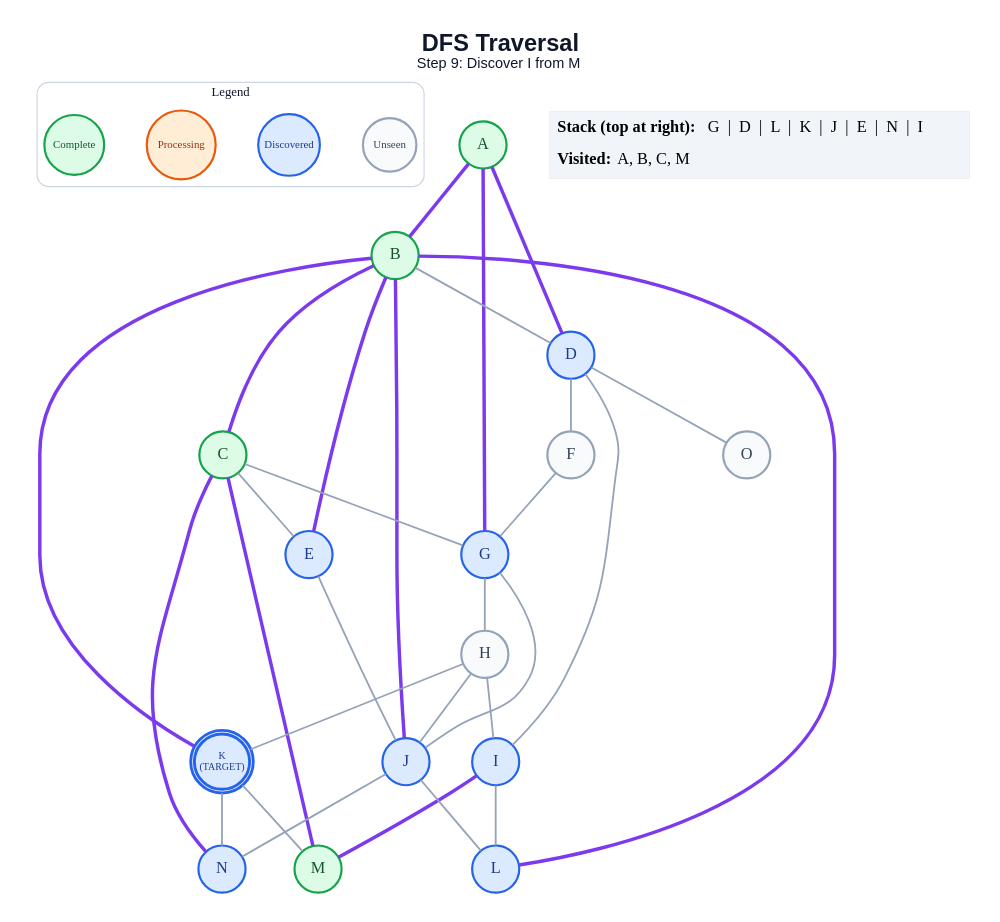
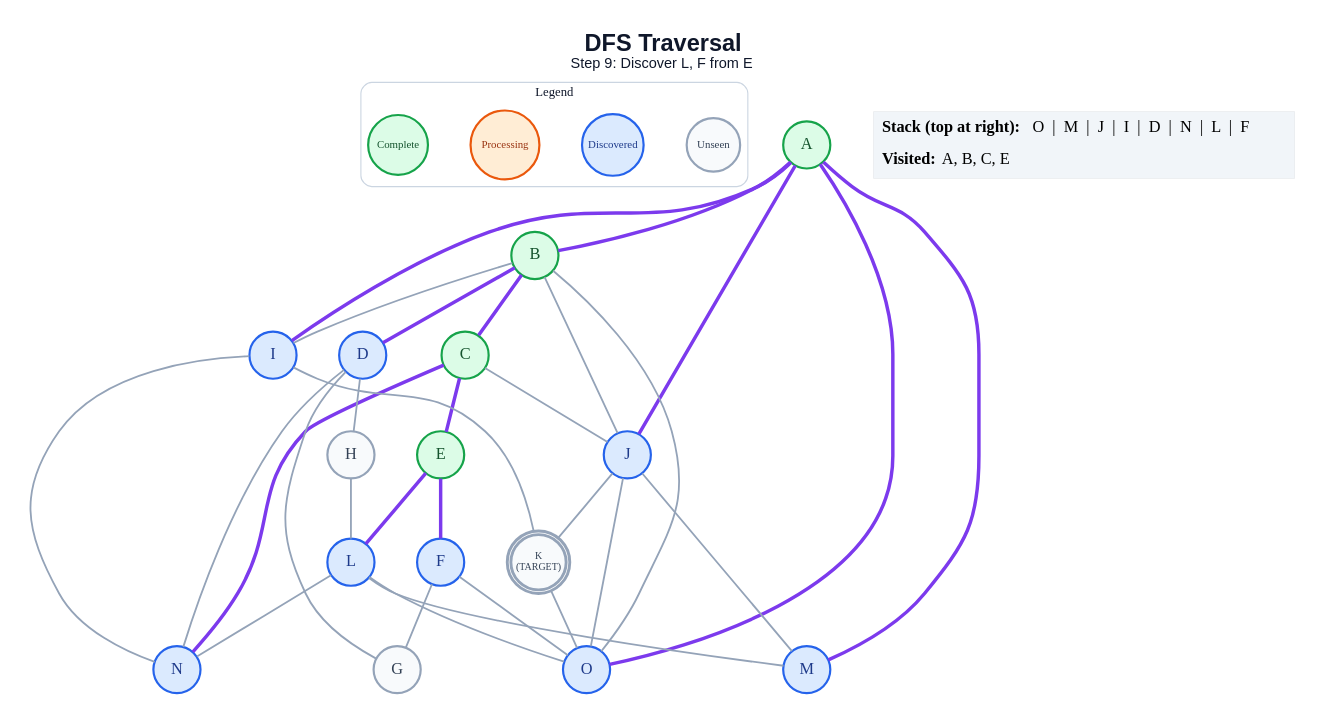
The diagram in generated/specific-node/dfs/step_09.dot (anon7238593-create/ai-slop), drawn with Graphviz before and after one commit. The commit also changed 248 other files, not shown here.

```diff
--- a/generated/specific-node/dfs/step_09.dot
+++ b/generated/specific-node/dfs/step_09.dot
@@ -1,63 +1,64 @@
 graph traversal {
   graph [layout=dot, rankdir=TB, bgcolor="#FFFFFF", pad="0.35", nodesep="0.65", ranksep="0.8", fontname="Arial"];
   node [shape=circle, style="filled", fontname="Arial Bold", fontsize=18, width=0.72, fixedsize=true, penwidth=2.4];
   edge [color="#94A3B8", penwidth=2.0];
-  label=<<B>DFS Traversal</B><BR/><FONT POINT-SIZE="16">Step 9: Discover I from M</FONT>>; labelloc="t"; fontsize=26; fontname="Arial"; fontcolor="#0F172A";
+  label=<<B>DFS Traversal</B><BR/><FONT POINT-SIZE="16">Step 9: Discover L, F from E</FONT>>; labelloc="t"; fontsize=26; fontname="Arial"; fontcolor="#0F172A";
   subgraph cluster_legend { label="Legend"; color="#CBD5E1"; penwidth=1.2; style="rounded"; fontsize=14; fontname="Arial Bold";
     key_unseen [label="Unseen", fillcolor="#F8FAFC", color="#94A3B8", fontcolor="#334155", fontsize=12, width=0.82];
     key_frontier [label="Discovered", fillcolor="#DBEAFE", color="#2563EB", fontcolor="#1E3A8A", fontsize=12, width=0.95];
     key_current [label="Processing", fillcolor="#FFEDD5", color="#EA580C", fontcolor="#9A3412", fontsize=12, width=1.05];
     key_done [label="Complete", fillcolor="#DCFCE7", color="#16A34A", fontcolor="#14532D", fontsize=12, width=0.92];
     { rank=same; key_unseen; key_frontier; key_current; key_done; }
   }
   A [label="A", fillcolor="#DCFCE7", color="#16A34A", fontcolor="#14532D", peripheries=1, penwidth=2.4];
   B [label="B", fillcolor="#DCFCE7", color="#16A34A", fontcolor="#14532D", peripheries=1, penwidth=2.4];
   C [label="C", fillcolor="#DCFCE7", color="#16A34A", fontcolor="#14532D", peripheries=1, penwidth=2.4];
   D [label="D", fillcolor="#DBEAFE", color="#2563EB", fontcolor="#1E3A8A", peripheries=1, penwidth=2.4];
-  E [label="E", fillcolor="#DBEAFE", color="#2563EB", fontcolor="#1E3A8A", peripheries=1, penwidth=2.4];
-  F [label="F", fillcolor="#F8FAFC", color="#94A3B8", fontcolor="#334155", peripheries=1, penwidth=2.4];
-  G [label="G", fillcolor="#DBEAFE", color="#2563EB", fontcolor="#1E3A8A", peripheries=1, penwidth=2.4];
+  E [label="E", fillcolor="#DCFCE7", color="#16A34A", fontcolor="#14532D", peripheries=1, penwidth=2.4];
+  F [label="F", fillcolor="#DBEAFE", color="#2563EB", fontcolor="#1E3A8A", peripheries=1, penwidth=2.4];
+  G [label="G", fillcolor="#F8FAFC", color="#94A3B8", fontcolor="#334155", peripheries=1, penwidth=2.4];
   H [label="H", fillcolor="#F8FAFC", color="#94A3B8", fontcolor="#334155", peripheries=1, penwidth=2.4];
   I [label="I", fillcolor="#DBEAFE", color="#2563EB", fontcolor="#1E3A8A", peripheries=1, penwidth=2.4];
   J [label="J", fillcolor="#DBEAFE", color="#2563EB", fontcolor="#1E3A8A", peripheries=1, penwidth=2.4];
-  K [label="K\n(TARGET)", fillcolor="#DBEAFE", color="#2563EB", fontcolor="#1E3A8A", peripheries=2, penwidth=3.2, fontsize=11, width=0.85, height=0.85];
+  K [label="K\n(TARGET)", fillcolor="#F8FAFC", color="#94A3B8", fontcolor="#334155", peripheries=2, penwidth=3.2, fontsize=11, width=0.85, height=0.85];
   L [label="L", fillcolor="#DBEAFE", color="#2563EB", fontcolor="#1E3A8A", peripheries=1, penwidth=2.4];
-  M [label="M", fillcolor="#DCFCE7", color="#16A34A", fontcolor="#14532D", peripheries=1, penwidth=2.4];
+  M [label="M", fillcolor="#DBEAFE", color="#2563EB", fontcolor="#1E3A8A", peripheries=1, penwidth=2.4];
   N [label="N", fillcolor="#DBEAFE", color="#2563EB", fontcolor="#1E3A8A", peripheries=1, penwidth=2.4];
-  O [label="O", fillcolor="#F8FAFC", color="#94A3B8", fontcolor="#334155", peripheries=1, penwidth=2.4];
+  O [label="O", fillcolor="#DBEAFE", color="#2563EB", fontcolor="#1E3A8A", peripheries=1, penwidth=2.4];
   A -- B [color="#7C3AED", penwidth=3.8];
-  A -- D [color="#7C3AED", penwidth=3.8];
-  A -- G [color="#7C3AED", penwidth=3.8];
+  A -- I [color="#7C3AED", penwidth=3.8];
+  A -- J [color="#7C3AED", penwidth=3.8];
+  A -- M [color="#7C3AED", penwidth=3.8];
+  A -- O [color="#7C3AED", penwidth=3.8];
   B -- C [color="#7C3AED", penwidth=3.8];
-  B -- D;
-  B -- E [color="#7C3AED", penwidth=3.8];
-  B -- J [color="#7C3AED", penwidth=3.8];
-  B -- K [color="#7C3AED", penwidth=3.8];
-  B -- L [color="#7C3AED", penwidth=3.8];
-  C -- E;
-  C -- G;
-  C -- M [color="#7C3AED", penwidth=3.8];
+  B -- D [color="#7C3AED", penwidth=3.8];
+  B -- I;
+  B -- J;
+  B -- O;
+  C -- E [color="#7C3AED", penwidth=3.8];
+  C -- J;
   C -- N [color="#7C3AED", penwidth=3.8];
-  D -- F;
-  D -- I;
-  D -- O;
-  E -- J;
+  D -- G;
+  D -- H;
+  D -- N;
+  E -- F [color="#7C3AED", penwidth=3.8];
+  E -- L [color="#7C3AED", penwidth=3.8];
   F -- G;
-  G -- H;
-  G -- J;
-  H -- I;
-  H -- J;
-  H -- K;
-  I -- L;
-  I -- M [color="#7C3AED", penwidth=3.8];
-  J -- L;
-  J -- N;
-  K -- M;
-  K -- N;
+  F -- O;
+  H -- L;
+  I -- K;
+  I -- N;
+  J -- K;
+  J -- M;
+  J -- O;
+  K -- O;
+  L -- M;
+  L -- N;
+  L -- O;
   status [shape=plain, fixedsize=false, width=0, height=0, margin=0, label=<
     <TABLE BORDER="0" CELLBORDER="0" CELLPADDING="7" BGCOLOR="#F1F5F9">
-      <TR><TD ALIGN="LEFT"><B>Stack (top at right):</B> G  |  D  |  L  |  K  |  J  |  E  |  N  |  I</TD></TR>
-      <TR><TD ALIGN="LEFT"><B>Visited:</B> A, B, C, M</TD></TR>
+      <TR><TD ALIGN="LEFT"><B>Stack (top at right):</B> O  |  M  |  J  |  I  |  D  |  N  |  L  |  F</TD></TR>
+      <TR><TD ALIGN="LEFT"><B>Visited:</B> A, B, C, E</TD></TR>
     </TABLE>
   >];
 }
```
